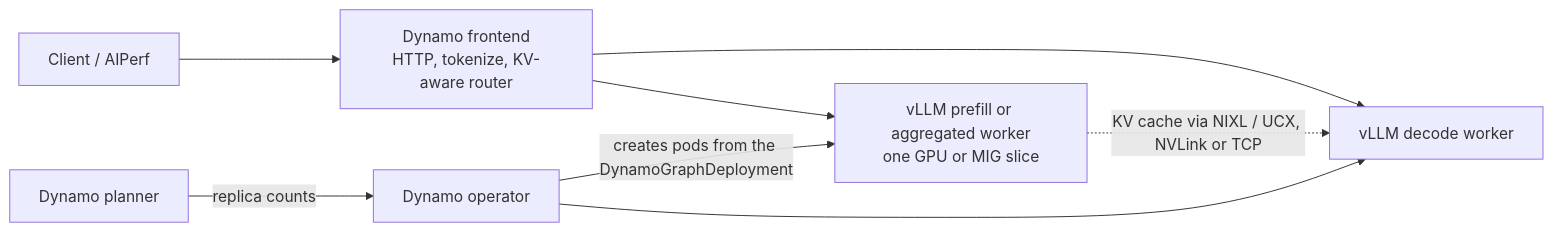
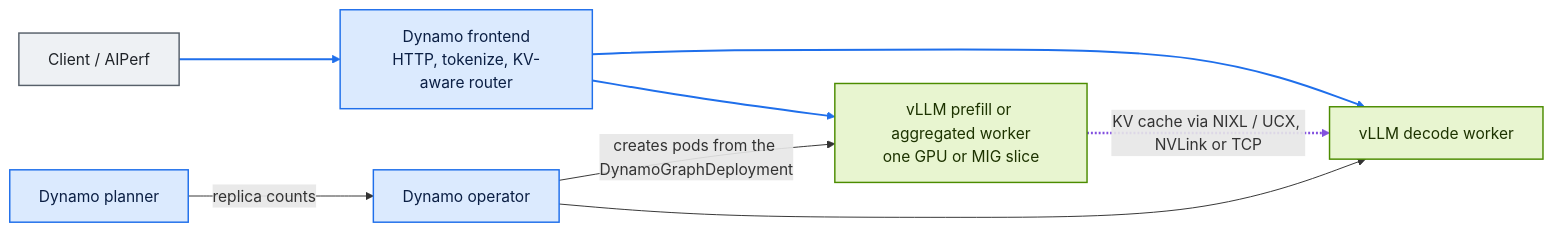
The diagram in README.md (richajoy/dynamo-inference-lab), drawn with Mermaid before and after one commit. The commit also changed other lines of this file and 12 other files, not shown here.

First line of the commit message:
Polish: colour-coded diagrams, animated explainers, badges, Apache-2.0 license

````diff
--- a/README.md
+++ b/README.md
@@ -66,10 +72,21 @@
 ```mermaid
 flowchart LR
     C[Client / AIPerf] --> F[Dynamo frontend<br/>HTTP, tokenize, KV-aware router]
     F --> P[vLLM prefill or aggregated worker<br/>one GPU or MIG slice]
     F --> D[vLLM decode worker]
     P -.->|KV cache via NIXL / UCX, NVLink or TCP| D
     PL[Dynamo planner] -->|replica counts| OP[Dynamo operator]
     OP -->|creates pods from the DynamoGraphDeployment| P
     OP --> D
+    classDef client fill:#eef1f4,stroke:#57606a,color:#1f2328,stroke-width:1.5px
+    classDef dynamo fill:#dbeafe,stroke:#1f6feb,color:#0b1f44,stroke-width:1.5px
+    classDef gpu fill:#e8f5d0,stroke:#4c8c00,color:#1d3300,stroke-width:1.5px
+    classDef kv fill:#efe4ff,stroke:#8250df,color:#2d0f5c,stroke-width:1.5px
+    classDef platform fill:#e6edf3,stroke:#6e7781,color:#1f2328,stroke-width:1.5px
+    classDef obs fill:#fff4d6,stroke:#bf8700,color:#3d2a00,stroke-width:1.5px
+    class C client
+    class F,PL,OP dynamo
+    class P,D gpu
+    linkStyle 3 stroke:#8250df,stroke-width:2.5px
+    linkStyle 0,1,2 stroke:#1f6feb,stroke-width:2px
 ```
````
